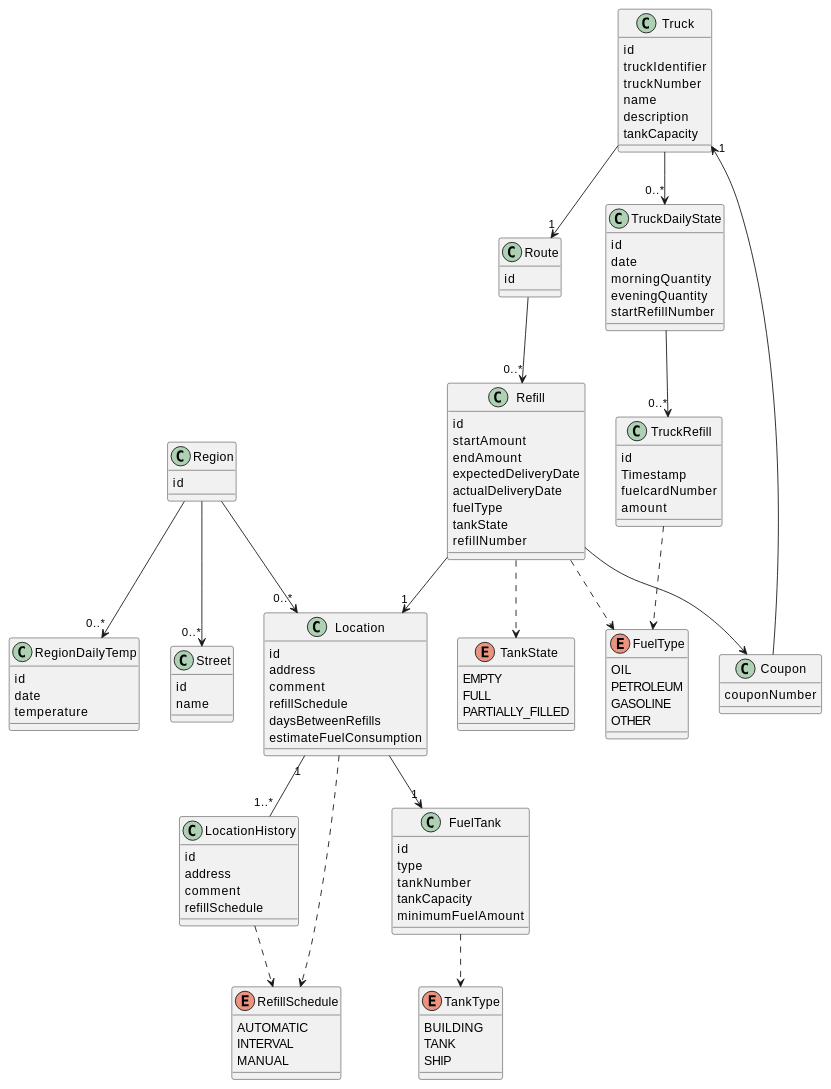
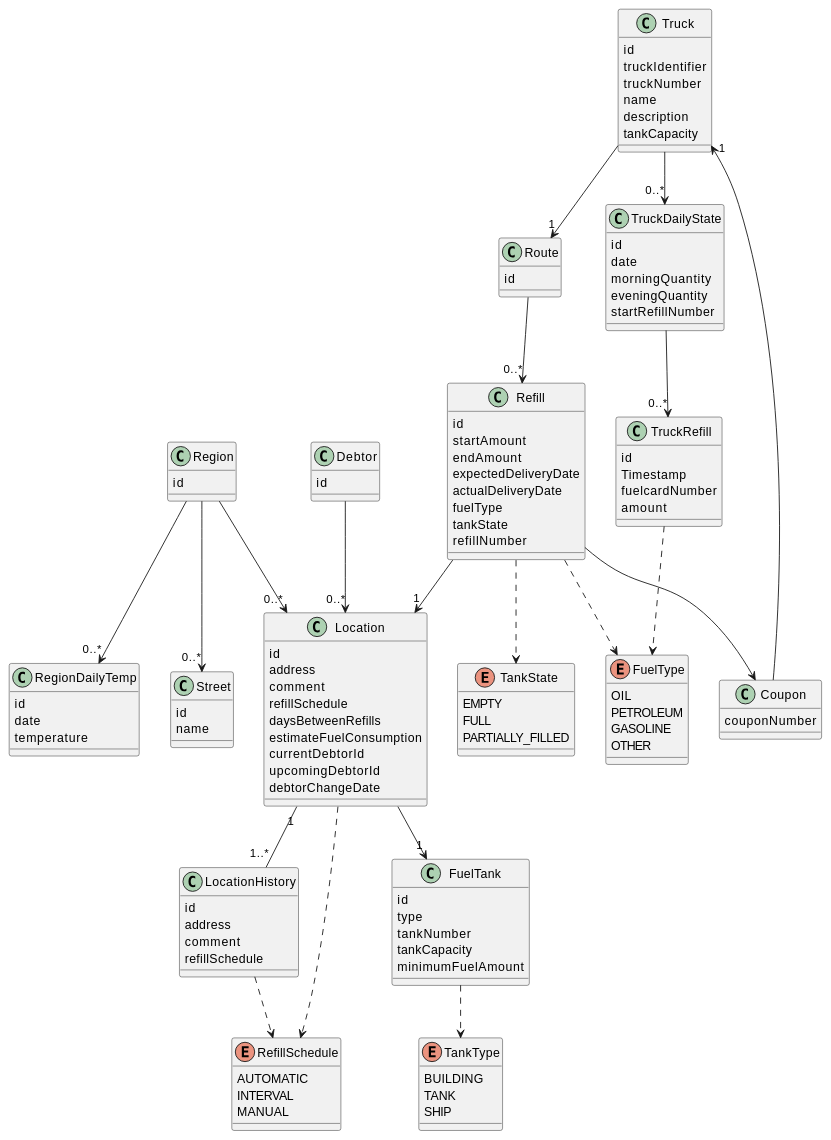
The diagram in docs/entity-datamodel.md (IT-Minds/client_comby_oilcontrols), drawn with PlantUML before and after one commit.

Commit message:
udpated the dm diagram to introduce debtor entity and updates to the locatin entity.

```diff
--- a/docs/entity-datamodel.md
+++ b/docs/entity-datamodel.md
@@ -24,6 +24,9 @@
   refillSchedule
   daysBetweenRefills
   estimateFuelConsumption
+  currentDebtorId
+  upcomingDebtorId
+  debtorChangeDate
 }
 
 class LocationHistory {
@@ -82,6 +85,10 @@
   name
 }
 
+class Debtor {
+  id
+}
+
 enum FuelType {
   OIL
   PETROLEUM
@@ -125,7 +132,7 @@
 TruckDailyState --> "0..*" TruckRefill
 TruckRefill ..> FuelType
 Region --> "0..*" Street
-
+Debtor --> "0..*" Location
 Location --> "1" FuelTank
 Location ..> RefillSchedule
 LocationHistory ..> RefillSchedule
```
